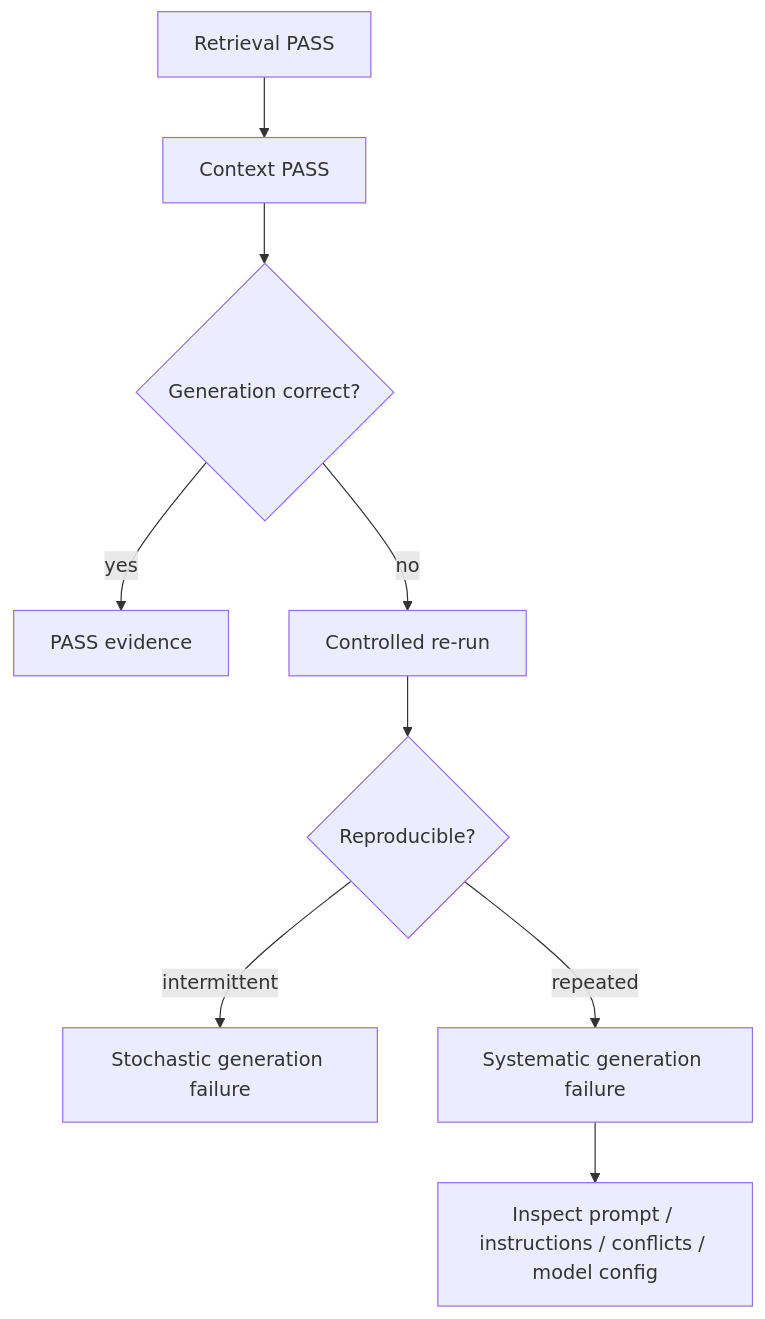
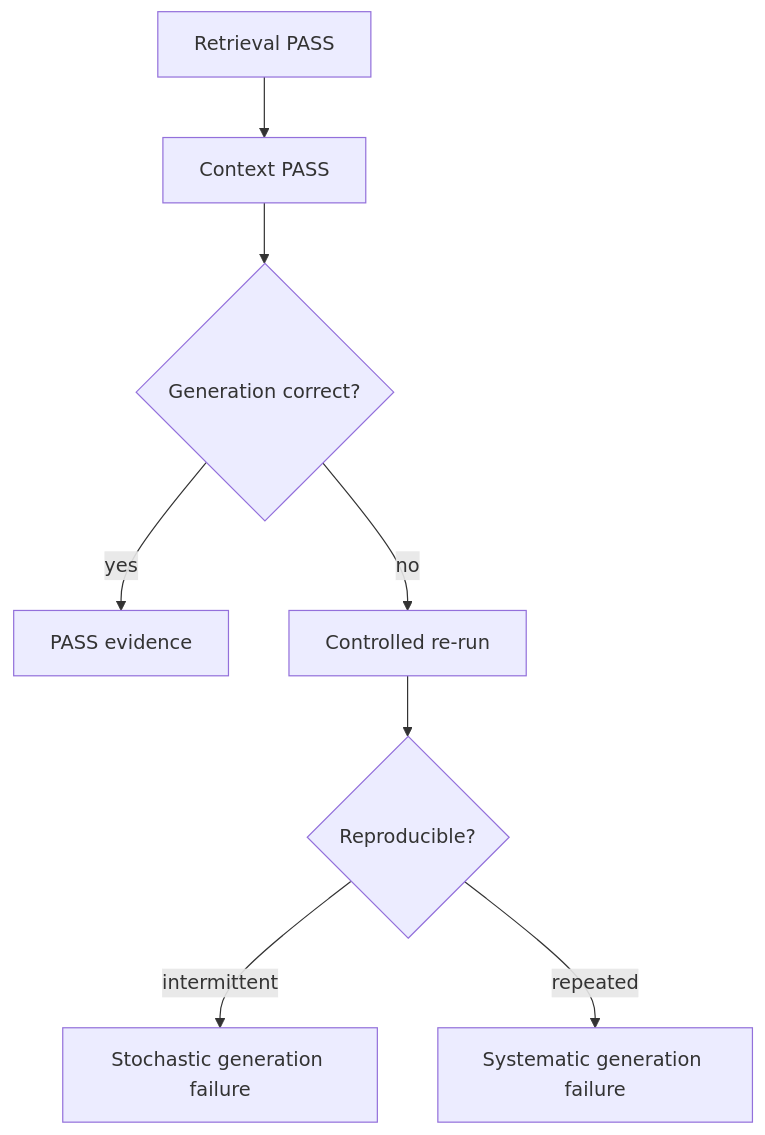
Before and after one commit to oleksandrserhieiev-beep/ai-qe-lab: the fourth of 4 diagrams in docs/automated_ai_evaluation.md, drawn with Mermaid. The commit also changed other lines of this file, not shown here.

````diff
--- a/docs/automated_ai_evaluation.md
+++ b/docs/automated_ai_evaluation.md
@@ -140,11 +103,10 @@
 ```mermaid
 flowchart TD
     R[Retrieval PASS] --> C[Context PASS]
     C --> G{Generation correct?}
     G -->|yes| P[PASS evidence]
     G -->|no| RR[Controlled re-run]
     RR --> X{Reproducible?}
     X -->|intermittent| ST[Stochastic generation failure]
     X -->|repeated| SYS[Systematic generation failure]
-    SYS --> INV[Inspect prompt / instructions / conflicts / model config]
 ```
````
